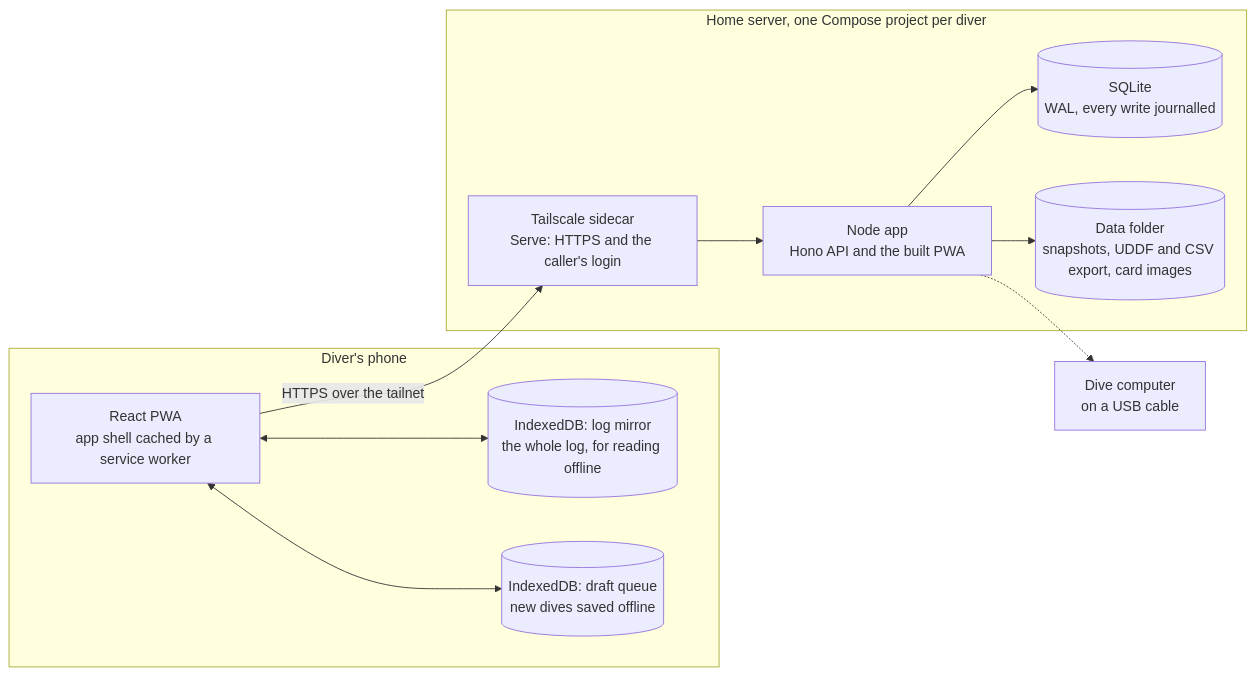
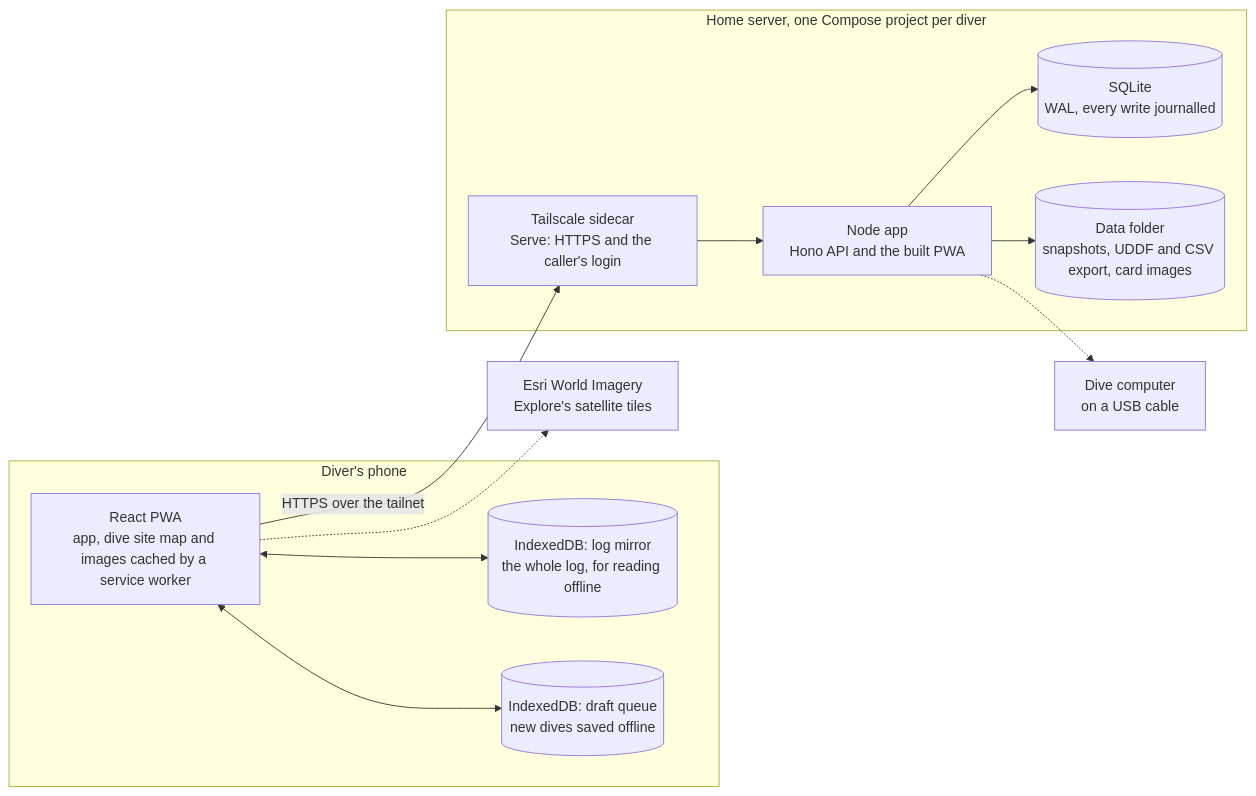
The diagram in README.md (tkabalin/shylog), drawn with Mermaid before and after one commit. The commit also changed other lines of this file, not shown here.

Commit message:
docs: describe Explore in the README
List the dive site map among what Shylog does, and show in the architecture
diagram that the service worker keeps the map and its images and that
Explore's satellite tiles come straight from Esri.

````diff
--- a/README.md
+++ b/README.md
@@ -48,21 +49,23 @@
 ```mermaid
 flowchart LR
     subgraph phone["Diver's phone"]
-        pwa["React PWA<br/>app shell cached by a service worker"]
+        pwa["React PWA<br/>app, dive site map and images cached by a service worker"]
         mirror[("IndexedDB: log mirror<br/>the whole log, for reading offline")]
         queue[("IndexedDB: draft queue<br/>new dives saved offline")]
         pwa <--> mirror
         pwa <--> queue
     end
     subgraph server["Home server, one Compose project per diver"]
         ts["Tailscale sidecar<br/>Serve: HTTPS and the caller's login"]
         app["Node app<br/>Hono API and the built PWA"]
         db[("SQLite<br/>WAL, every write journalled")]
         files[("Data folder<br/>snapshots, UDDF and CSV export, card images")]
         ts --> app --> db
         app --> files
     end
     watch["Dive computer<br/>on a USB cable"]
+    esri["Esri World Imagery<br/>Explore's satellite tiles"]
     pwa -- "HTTPS over the tailnet" --> ts
     app -.-> watch
+    pwa -.-> esri
 ```
````
